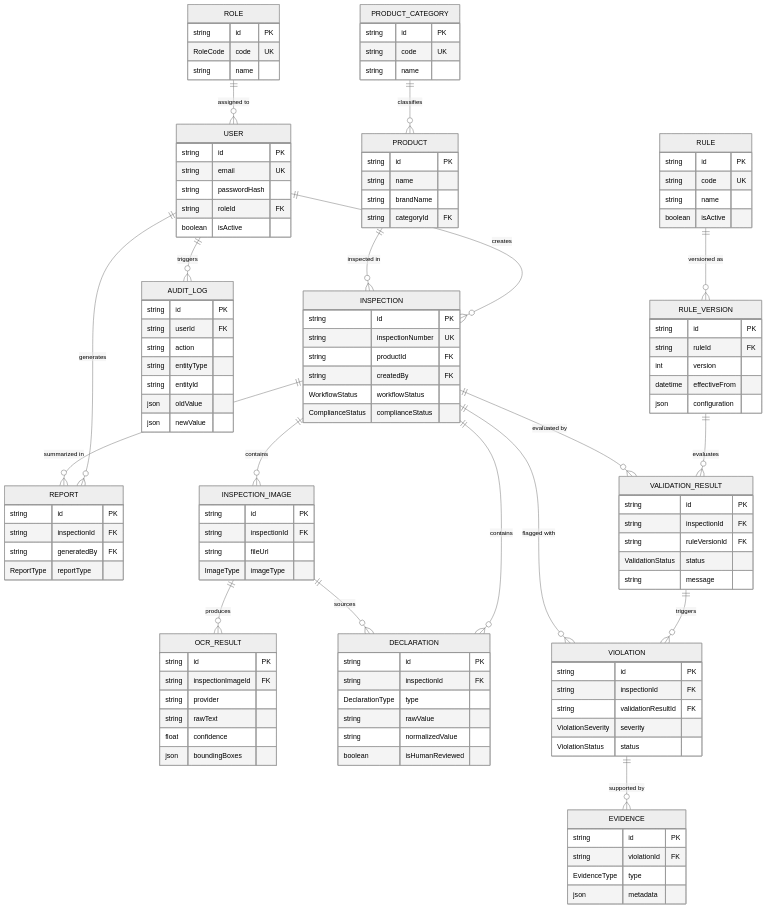
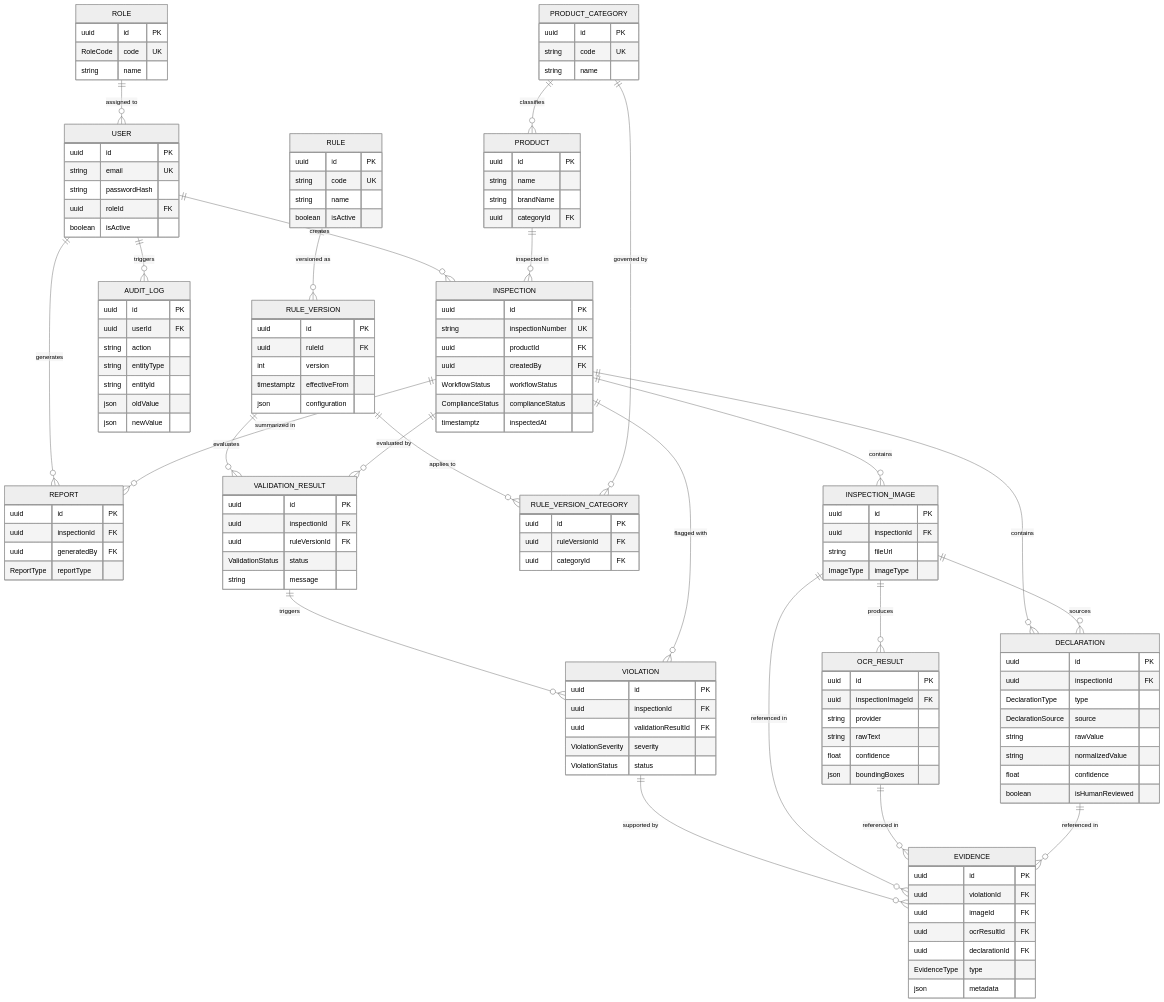
The diagram in backend/ER_DIAGRAM.md (MradulSingh109/ProjectAlteration), drawn with Mermaid (neutral theme) before and after one commit. The commit also changed other lines of this file and 2 other files, not shown here.

Commit message:
fix(backend): apply Step 2 database-foundation corrections and schema integrity protections

```diff
--- a/backend/ER_DIAGRAM.md
+++ b/backend/ER_DIAGRAM.md
@@ -22,61 +22,69 @@
     INSPECTION_IMAGE ||--o{ DECLARATION : "sources"
 
     RULE ||--o{ RULE_VERSION : "versioned as"
+    RULE_VERSION ||--o{ RULE_VERSION_CATEGORY : "applies to"
+    PRODUCT_CATEGORY ||--o{ RULE_VERSION_CATEGORY : "governed by"
+
     RULE_VERSION ||--o{ VALIDATION_RESULT : "evaluates"
     INSPECTION ||--o{ VALIDATION_RESULT : "evaluated by"
 
     VALIDATION_RESULT ||--o{ VIOLATION : "triggers"
     INSPECTION ||--o{ VIOLATION : "flagged with"
+
     VIOLATION ||--o{ EVIDENCE : "supported by"
+    INSPECTION_IMAGE ||--o{ EVIDENCE : "referenced in"
+    OCR_RESULT ||--o{ EVIDENCE : "referenced in"
+    DECLARATION ||--o{ EVIDENCE : "referenced in"
 
     INSPECTION ||--o{ REPORT : "summarized in"
 
     ROLE {
-        string id PK
+        uuid id PK
         RoleCode code UK
         string name
     }
 
     USER {
-        string id PK
+        uuid id PK
         string email UK
         string passwordHash
-        string roleId FK
+        uuid roleId FK
         boolean isActive
     }
 
     PRODUCT_CATEGORY {
-        string id PK
+        uuid id PK
         string code UK
         string name
     }
 
     PRODUCT {
-        string id PK
+        uuid id PK
         string name
         string brandName
-        string categoryId FK
+        uuid categoryId FK
     }
 
     INSPECTION {
-        string id PK
+        uuid id PK
         string inspectionNumber UK
-        string productId FK
-        string createdBy FK
+        uuid productId FK
+        uuid createdBy FK
         WorkflowStatus workflowStatus
         ComplianceStatus complianceStatus
+        timestamptz inspectedAt
     }
 
     INSPECTION_IMAGE {
-        string id PK
-        string inspectionId FK
+        uuid id PK
+        uuid inspectionId FK
         string fileUrl
         ImageType imageType
     }
 
     OCR_RESULT {
-        string id PK
-        string inspectionImageId FK
+        uuid id PK
+        uuid inspectionImageId FK
         string provider
         string rawText
         float confidence
@@ -84,62 +92,73 @@
     }
 
     DECLARATION {
-        string id PK
-        string inspectionId FK
+        uuid id PK
+        uuid inspectionId FK
         DeclarationType type
+        DeclarationSource source
         string rawValue
         string normalizedValue
+        float confidence
         boolean isHumanReviewed
     }
 
     RULE {
-        string id PK
+        uuid id PK
         string code UK
         string name
         boolean isActive
     }
 
     RULE_VERSION {
-        string id PK
-        string ruleId FK
+        uuid id PK
+        uuid ruleId FK
         int version
-        datetime effectiveFrom
+        timestamptz effectiveFrom
         json configuration
     }
 
+    RULE_VERSION_CATEGORY {
+        uuid id PK
+        uuid ruleVersionId FK
+        uuid categoryId FK
+    }
+
     VALIDATION_RESULT {
-        string id PK
-        string inspectionId FK
-        string ruleVersionId FK
+        uuid id PK
+        uuid inspectionId FK
+        uuid ruleVersionId FK
         ValidationStatus status
         string message
     }
 
     VIOLATION {
-        string id PK
-        string inspectionId FK
-        string validationResultId FK
+        uuid id PK
+        uuid inspectionId FK
+        uuid validationResultId FK
         ViolationSeverity severity
         ViolationStatus status
     }
 
     EVIDENCE {
-        string id PK
-        string violationId FK
+        uuid id PK
+        uuid violationId FK
+        uuid imageId FK
+        uuid ocrResultId FK
+        uuid declarationId FK
         EvidenceType type
         json metadata
     }
 
     REPORT {
-        string id PK
-        string inspectionId FK
-        string generatedBy FK
+        uuid id PK
+        uuid inspectionId FK
+        uuid generatedBy FK
         ReportType reportType
     }
 
     AUDIT_LOG {
-        string id PK
-        string userId FK
+        uuid id PK
+        uuid userId FK
         string action
         string entityType
         string entityId
```
